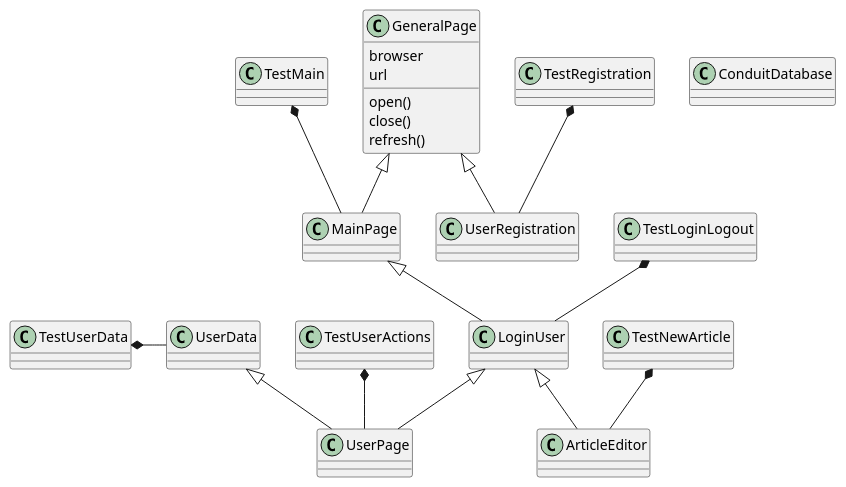
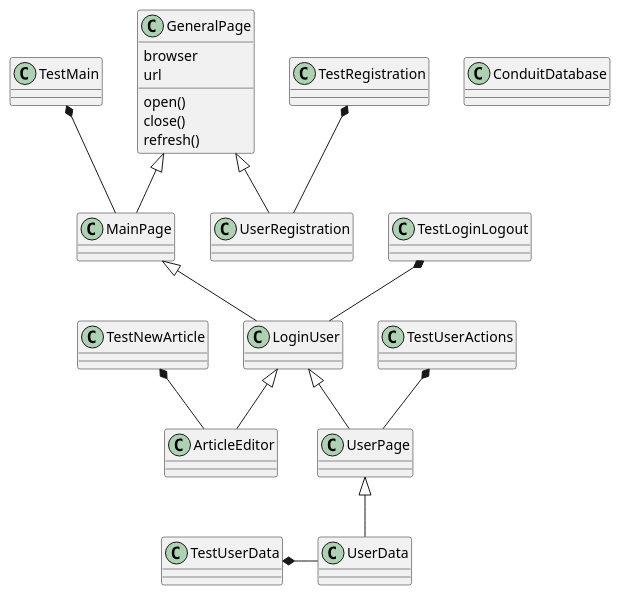
The diagram in TC/conduit/test.puml (kissanya/conduit), drawn with PlantUML before and after one commit. The commit also changed 3 other files, not shown here.

```diff
--- a/TC/conduit/test.puml
+++ b/TC/conduit/test.puml
@@ -1,28 +1,28 @@
 @startuml
 
 GeneralPage <|-- MainPage
 MainPage <|-- LoginUser
 GeneralPage <|-- UserRegistration
 LoginUser <|-- UserPage
 LoginUser <|-- ArticleEditor
-UserData <|-- UserPage
+UserPage <|-- UserData
 
 TestMain *-- MainPage
 TestRegistration *-- UserRegistration
 TestLoginLogout *-- LoginUser
 TestUserActions  *-- UserPage
 TestNewArticle *-- ArticleEditor
 TestUserData *- UserData
 
 class GeneralPage{
 browser
 url
 open()
 close()
 refresh()
 }
 
 class ConduitDatabase{
 
 }
 @enduml
```
